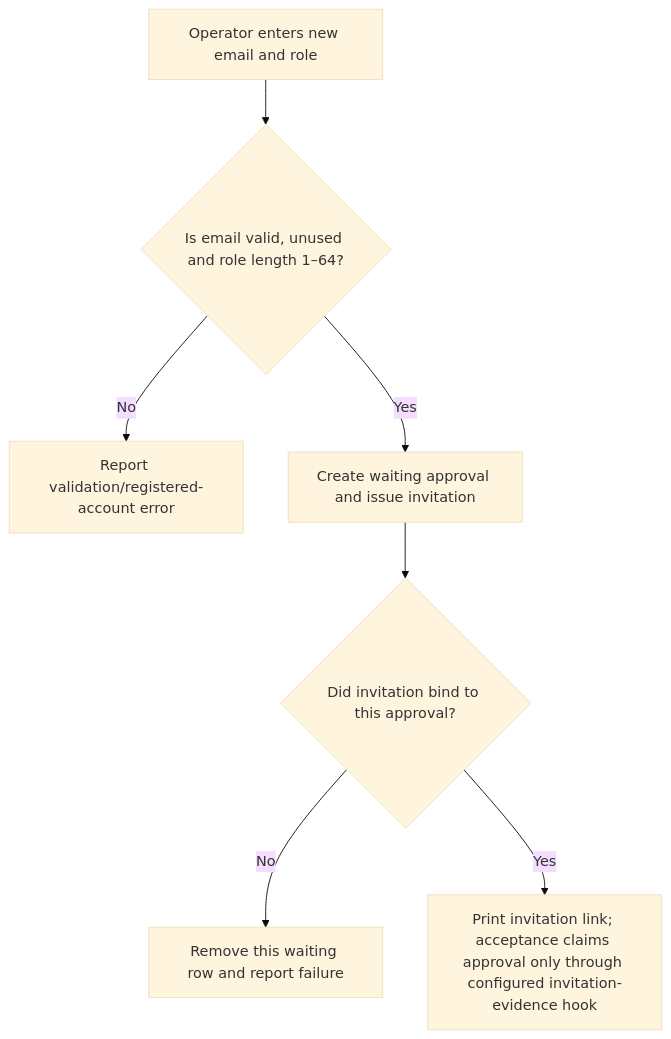
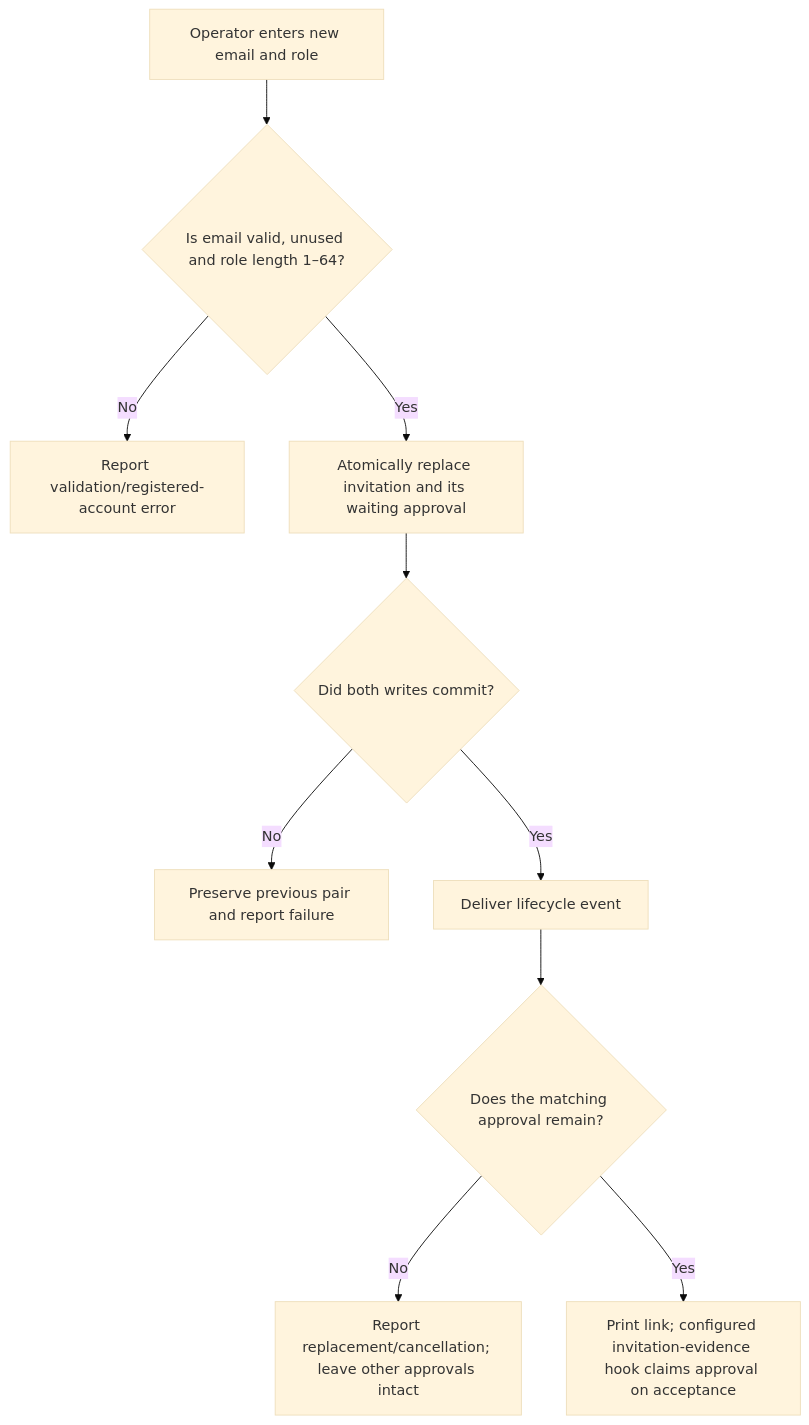
The first of 2 diagrams in user-stories/US-ACCOUNT-46-bootstrap-first-administrator.md (Kevinjohn/oss-adonisjs-account-kit), drawn with Mermaid (base theme) before and after one commit. The commit also changed other lines of this file, not shown here.

````diff
--- a/user-stories/US-ACCOUNT-46-bootstrap-first-administrator.md
+++ b/user-stories/US-ACCOUNT-46-bootstrap-first-administrator.md
@@ -19,9 +19,12 @@
 ```mermaid
 flowchart TD
  A["Operator enters new email and role"] --> B{"Is email valid, unused and role length 1–64?"}
  B -->|No| C["Report validation/registered-account error"]
- B -->|Yes| D["Create waiting approval and issue invitation"]
- D --> E{"Did invitation bind to this approval?"}
- E -->|No| F["Remove this waiting row and report failure"]
- E -->|Yes| G["Print invitation link; acceptance claims approval only through configured invitation-evidence hook"]
+ B -->|Yes| D["Atomically replace invitation and its waiting approval"]
+ D --> E{"Did both writes commit?"}
+ E -->|No| F["Preserve previous pair and report failure"]
+ E -->|Yes| G["Deliver lifecycle event"]
+ G --> H{"Does the matching approval remain?"}
+ H -->|No| I["Report replacement/cancellation; leave other approvals intact"]
+ H -->|Yes| J["Print link; configured invitation-evidence hook claims approval on acceptance"]
 ```
````
